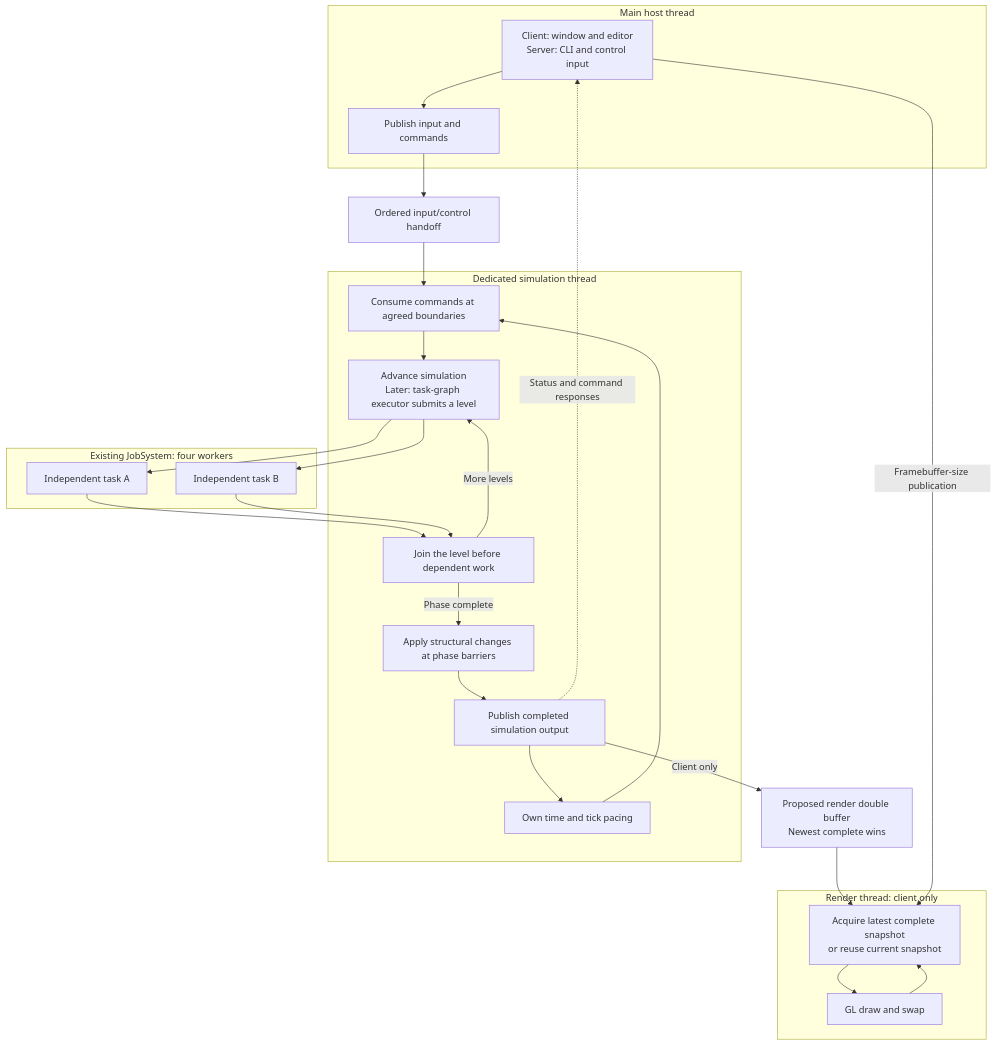
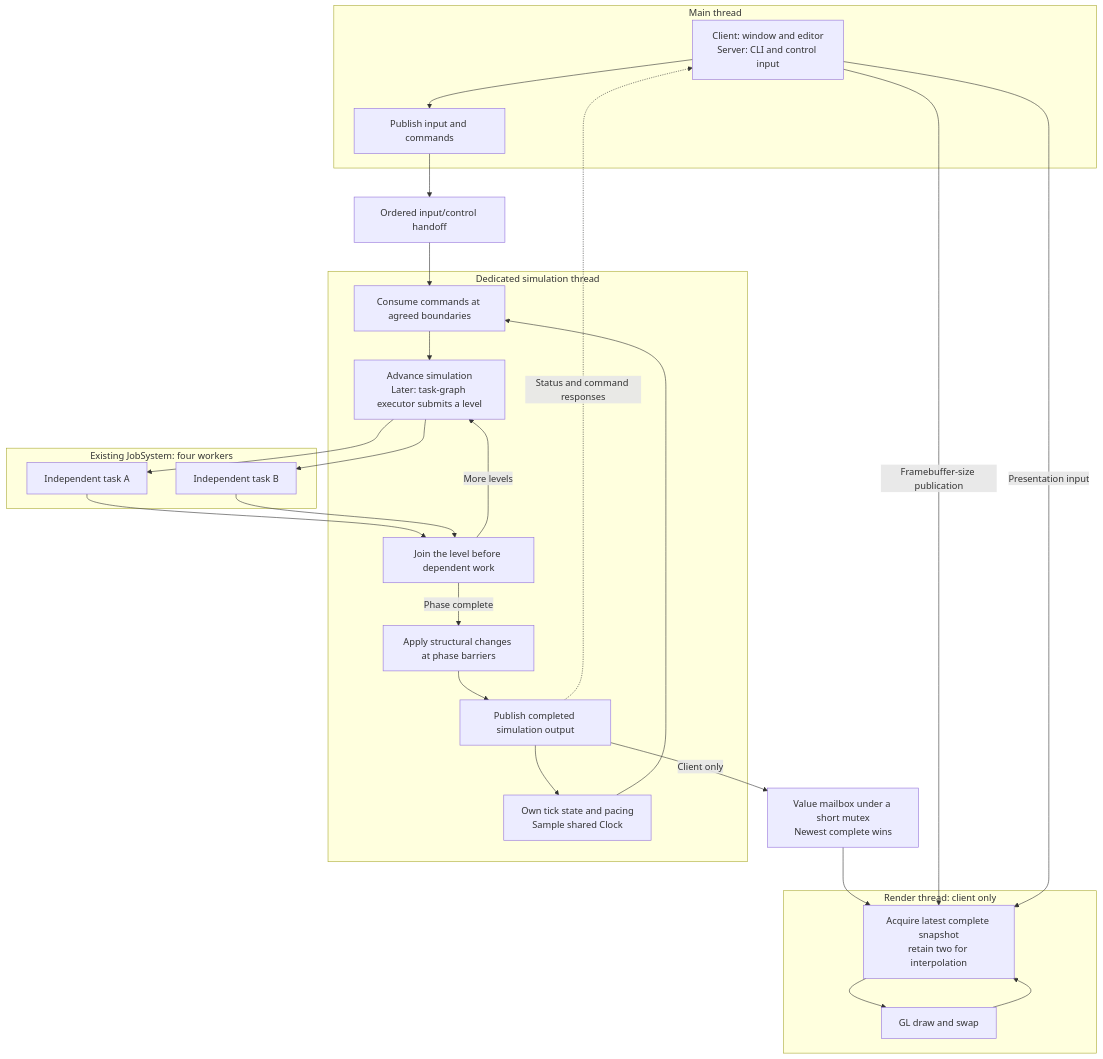
Before and after one commit to techattackteam/TechEngine-vault: the diagram in 04 Design Docs/Systems/Simulation Thread — Design.md, drawn with Mermaid. The commit also changed other lines of this file and 14 other files, not shown here.

````diff
--- a/04 Design Docs/Systems/Simulation Thread — Design.md
+++ b/04 Design Docs/Systems/Simulation Thread — Design.md
@@ -24,39 +37,40 @@
 ```mermaid
 flowchart TB
-    subgraph Host["Main host thread"]
+    subgraph Main["Main thread"]
         H["Client: window and editor<br/>Server: CLI and control input"]
         I["Publish input and commands"]
         H --> I
     end
     Q["Ordered input/control handoff"]
     I --> Q
     subgraph Simulation["Dedicated simulation thread"]
-        T["Own time and tick pacing"]
+        T["Own tick state and pacing<br/>Sample shared Clock"]
         C["Consume commands at agreed boundaries"]
         E["Advance simulation<br/>Later: task-graph executor submits a level"]
         J["Join the level before dependent work"]
         B["Apply structural changes at phase barriers"]
         F["Publish completed simulation output"]
         T --> C --> E
         J -->|"More levels"| E
         J -->|"Phase complete"| B
         B --> F --> T
     end
     Q --> C
     subgraph Pool["Existing JobSystem: four workers"]
         A["Independent task A"]
         W["Independent task B"]
     end
     E --> A & W
     A & W --> J
-    D["Proposed render double buffer<br/>Newest complete wins"]
+    D["Value mailbox under a short mutex<br/>Newest complete wins"]
     F -->|"Client only"| D
     subgraph Render["Render thread: client only"]
-        R["Acquire latest complete snapshot<br/>or reuse current snapshot"]
+        R["Acquire latest complete snapshot<br/>retain two for interpolation"]
         G["GL draw and swap"]
         R --> G --> R
     end
     D --> R
     H -->|"Framebuffer-size publication"| R
+    H -->|"Presentation input"| R
     F -.->|"Status and command responses"| H
 ```
````
